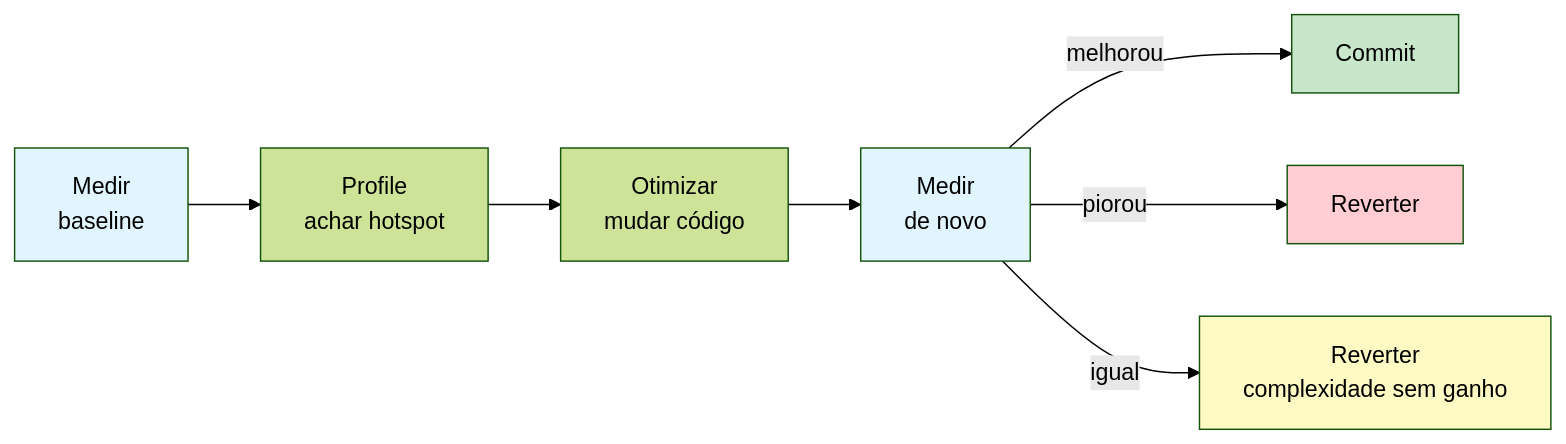
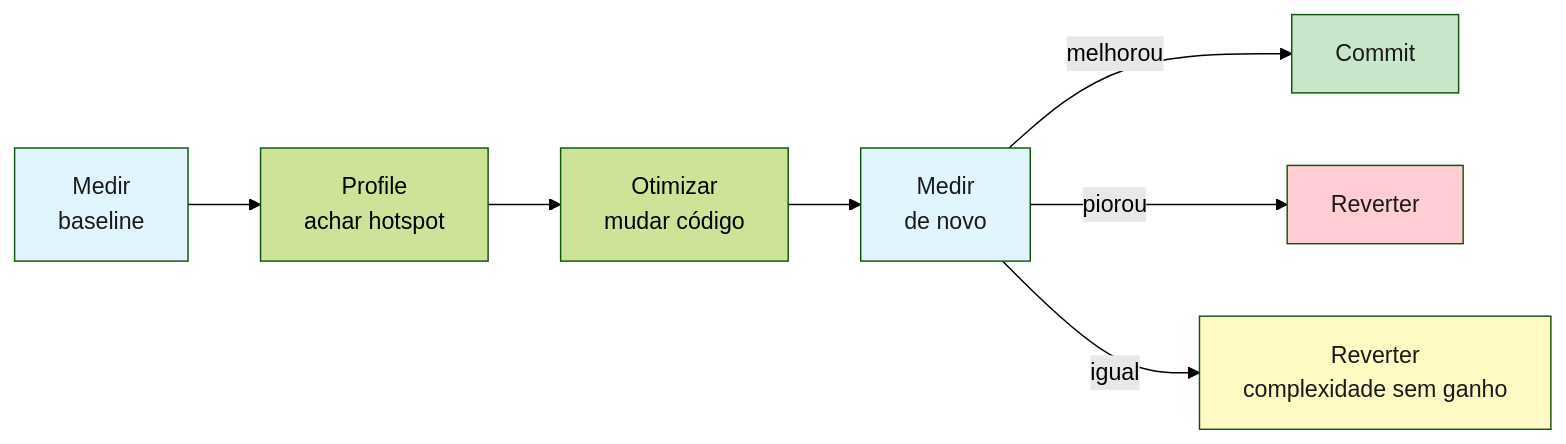
The first of 2 diagrams in book/part-17-performance/ch48-profiling.md (Felipeness/ferro-e-espirito), drawn with Mermaid (forest theme) before and after one commit. The commit also changed other lines of this file and 56 other files, not shown here.

First line of the commit message:
fix: contraste de texto em diagramas mermaid

````diff
--- a/book/part-17-performance/ch48-profiling.md
+++ b/book/part-17-performance/ch48-profiling.md
@@ -18,15 +18,15 @@
 ```mermaid
 graph LR
     A[Medir<br/>baseline] --> B[Profile<br/>achar hotspot]
     B --> C[Otimizar<br/>mudar código]
     C --> D[Medir<br/>de novo]
     D -->|melhorou| E[Commit]
     D -->|piorou| F[Reverter]
     D -->|igual| G[Reverter<br/>complexidade sem ganho]
 
-    style A fill:#e1f5fe
-    style D fill:#e1f5fe
-    style E fill:#c8e6c9
-    style F fill:#ffcdd2
-    style G fill:#fff9c4
+    style A fill:#e1f5fe,color:#1a1a1a
+    style D fill:#e1f5fe,color:#1a1a1a
+    style E fill:#c8e6c9,color:#1a1a1a
+    style F fill:#ffcdd2,color:#1a1a1a
+    style G fill:#fff9c4,color:#1a1a1a
 ```
````
